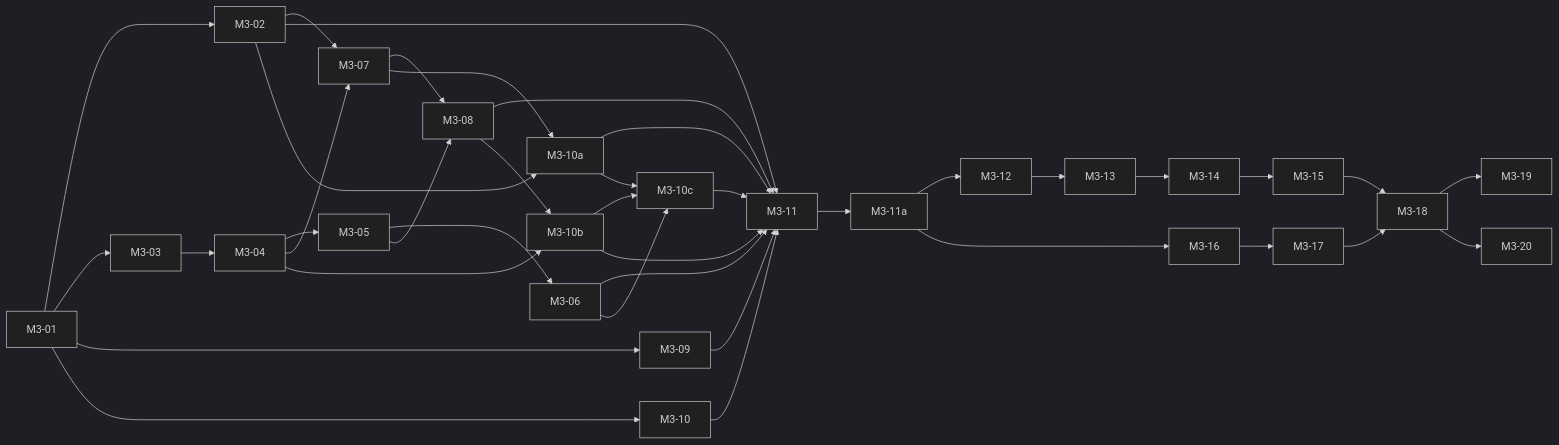
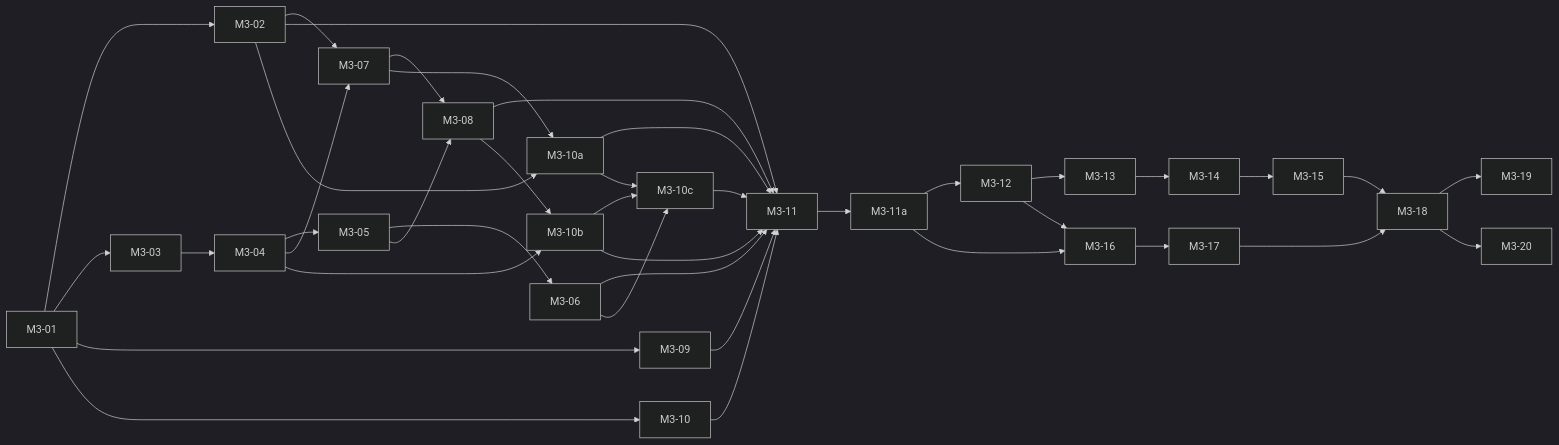
Before and after one commit to felipintoslv/jangada: the diagram in docs/modularizacao-3.0/04-backlog.md, drawn with Mermaid (dark theme). The commit also changed other lines of this file and 2 other files, not shown here.

````diff
--- a/docs/modularizacao-3.0/04-backlog.md
+++ b/docs/modularizacao-3.0/04-backlog.md
@@ -43,40 +52,41 @@
 ```mermaid
 flowchart LR
   M01["M3-01"] --> M02["M3-02"]
   M01 --> M03["M3-03"]
   M03 --> M04["M3-04"]
   M04 --> M05["M3-05"]
   M05 --> M06["M3-06"]
   M04 --> M07["M3-07"]
   M02 --> M07
   M05 --> M08
   M07 --> M08["M3-08"]
   M01 --> M09["M3-09"]
   M01 --> M10["M3-10"]
   M02 --> M11["M3-11"]
   M06 --> M11
   M08 --> M11
   M09 --> M11
   M10 --> M11
   M02 --> M10a["M3-10a"]
   M07 --> M10a
   M10a --> M11
   M04 --> M10b["M3-10b"]
   M08 --> M10b
   M10b --> M10c["M3-10c"]
   M06 --> M10c
   M10a --> M10c
   M10b --> M11
   M10c --> M11
   M11 --> M11a["M3-11a"]
   M11a --> M12["M3-12"]
   M12 --> M13["M3-13"]
   M13 --> M14["M3-14"]
   M14 --> M15["M3-15"]
   M11a --> M16["M3-16"]
+  M12 --> M16
   M16 --> M17["M3-17"]
   M15 --> M18["M3-18"]
   M17 --> M18
   M18 --> M19["M3-19"]
   M18 --> M20["M3-20"]
 ```
````
